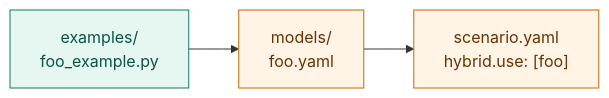
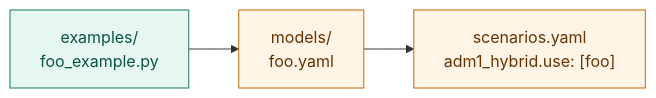
One commit to stamm-4m/model-adm1 changed the diagram in examples/README.md. Above: the diagram before and after it, drawn with Mermaid. The commit also changed other lines of this file and 57 other files, not shown here.

````diff
--- a/examples/README.md
+++ b/examples/README.md
@@ -6,8 +11,8 @@
 ```mermaid
 flowchart LR
-    py["examples/<br/>foo_example.py"] --> yaml["models/<br/>foo.yaml"] --> sc["scenario.yaml<br/>hybrid.use: [foo]"]
+    py["examples/<br/>foo_example.py"] --> yaml["models/<br/>foo.yaml"] --> sc["scenarios.yaml<br/>adm1_hybrid.use: [foo]"]
     classDef code fill:#e6f7f2,stroke:#117a65,color:#0b5345
     classDef yaml fill:#fff4e6,stroke:#cc6600,color:#663300
     class py code
     class yaml,sc yaml
 ```
````
